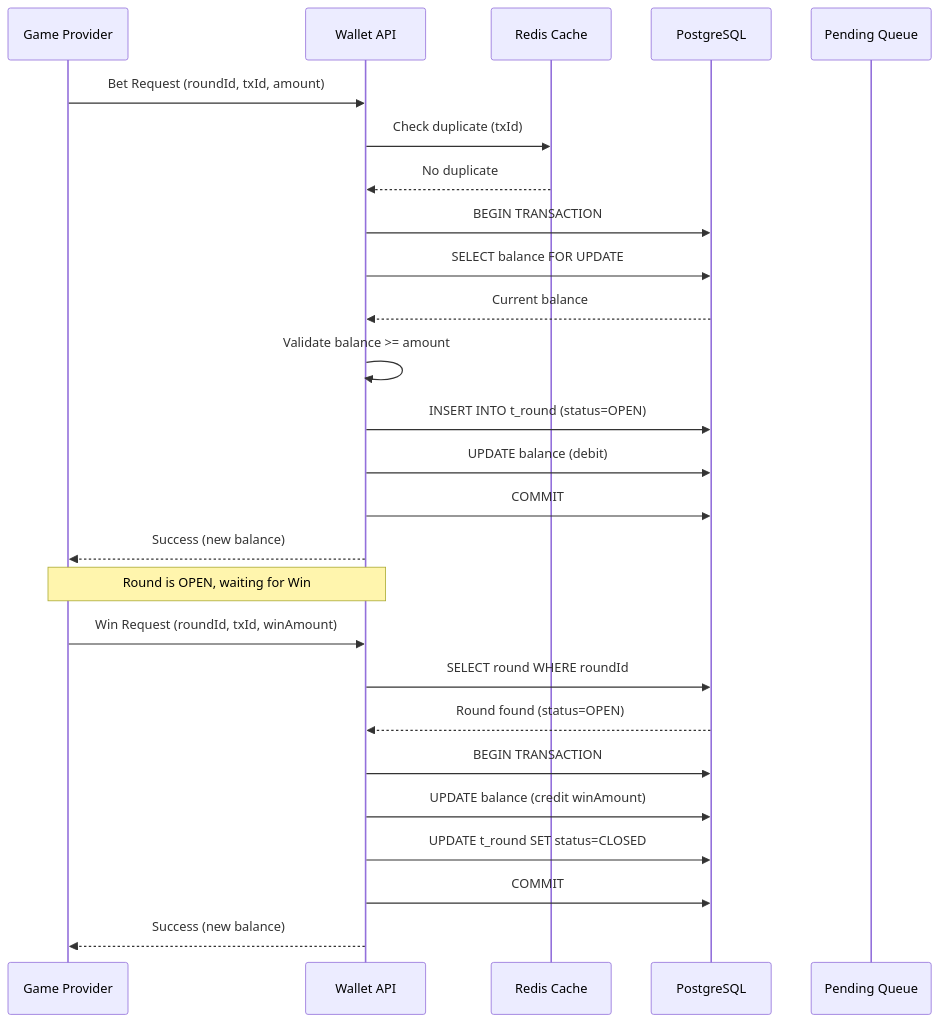
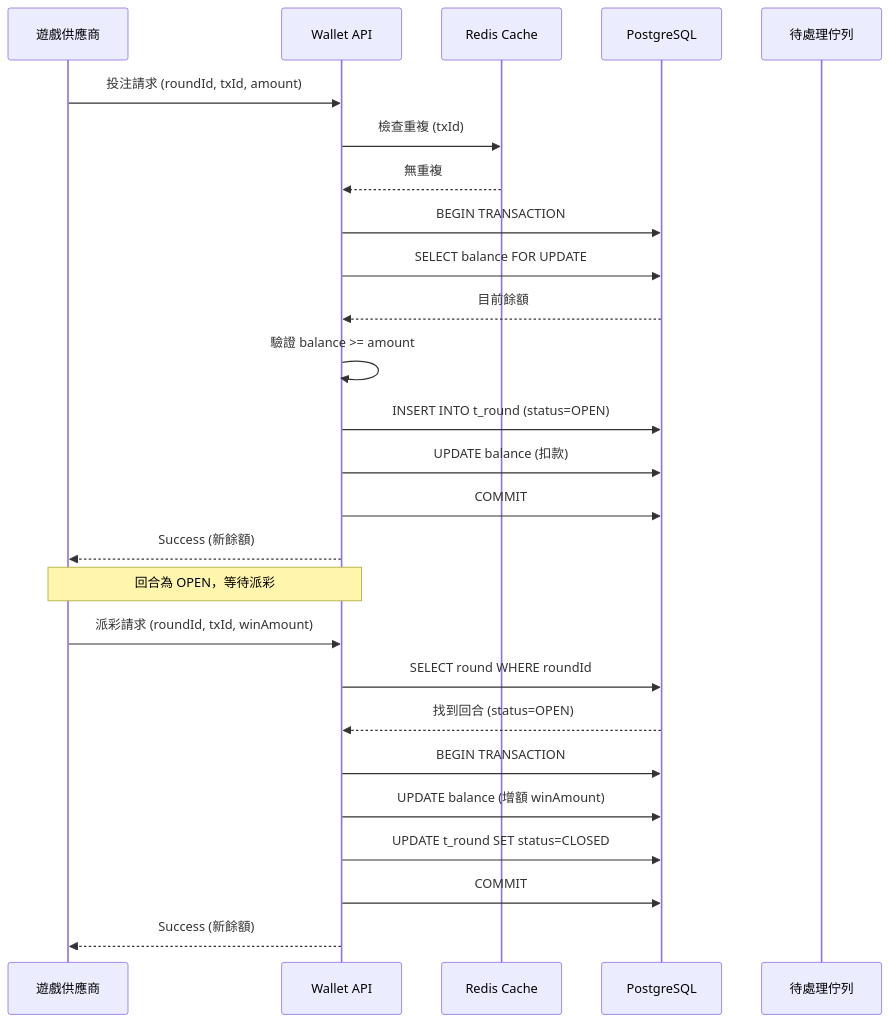
One commit to ron03wlb/smart-admin changed the diagram in docs/iGaming/architecture/02_Finance_Service/Seamless_Wallet_Technical.md. Above: the diagram before and after it, drawn with Mermaid. The commit also changed other lines of this file and 4 other files, not shown here.

````diff
--- a/docs/iGaming/architecture/02_Finance_Service/Seamless_Wallet_Technical.md
+++ b/docs/iGaming/architecture/02_Finance_Service/Seamless_Wallet_Technical.md
@@ -27,31 +27,31 @@
 ```mermaid
 sequenceDiagram
-    participant GP as Game Provider
+    participant GP as 遊戲供應商
     participant API as Wallet API
     participant Redis as Redis Cache
     participant DB as PostgreSQL
-    participant Queue as Pending Queue
+    participant Queue as 待處理佇列
 
-    GP->>API: Bet Request (roundId, txId, amount)
-    API->>Redis: Check duplicate (txId)
-    Redis-->>API: No duplicate
+    GP->>API: 投注請求 (roundId, txId, amount)
+    API->>Redis: 檢查重複 (txId)
+    Redis-->>API: 無重複
     API->>DB: BEGIN TRANSACTION
     API->>DB: SELECT balance FOR UPDATE
-    DB-->>API: Current balance
-    API->>API: Validate balance >= amount
+    DB-->>API: 目前餘額
+    API->>API: 驗證 balance >= amount
     API->>DB: INSERT INTO t_round (status=OPEN)
-    API->>DB: UPDATE balance (debit)
+    API->>DB: UPDATE balance (扣款)
     API->>DB: COMMIT
-    API-->>GP: Success (new balance)
+    API-->>GP: Success (新餘額)
 
-    Note over GP,API: Round is OPEN, waiting for Win
+    Note over GP,API: 回合為 OPEN，等待派彩
 
-    GP->>API: Win Request (roundId, txId, winAmount)
+    GP->>API: 派彩請求 (roundId, txId, winAmount)
     API->>DB: SELECT round WHERE roundId
-    DB-->>API: Round found (status=OPEN)
+    DB-->>API: 找到回合 (status=OPEN)
     API->>DB: BEGIN TRANSACTION
-    API->>DB: UPDATE balance (credit winAmount)
+    API->>DB: UPDATE balance (增額 winAmount)
     API->>DB: UPDATE t_round SET status=CLOSED
     API->>DB: COMMIT
-    API-->>GP: Success (new balance)
+    API-->>GP: Success (新餘額)
 ```
````
